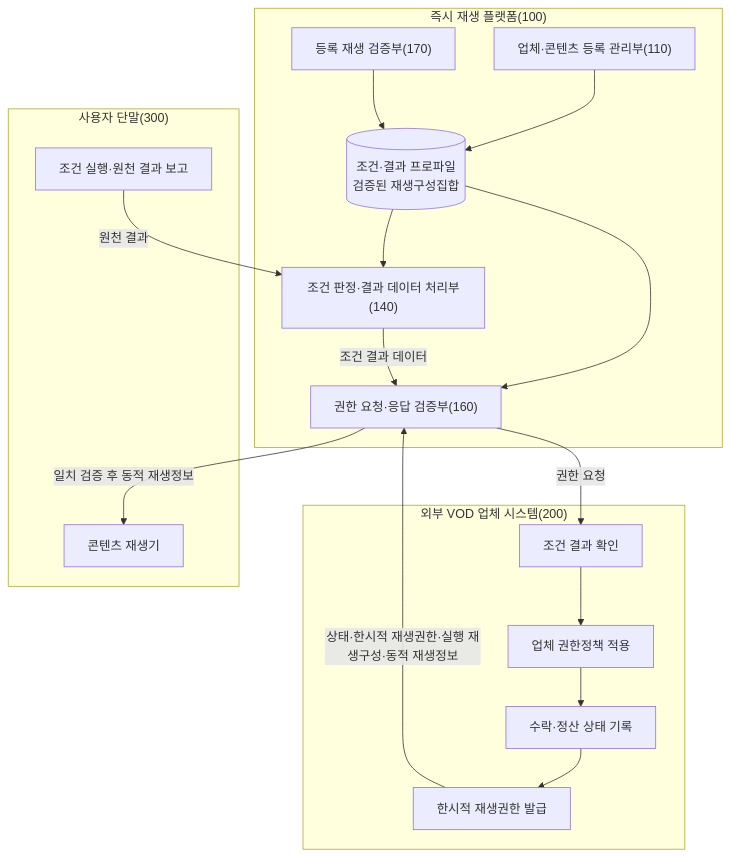
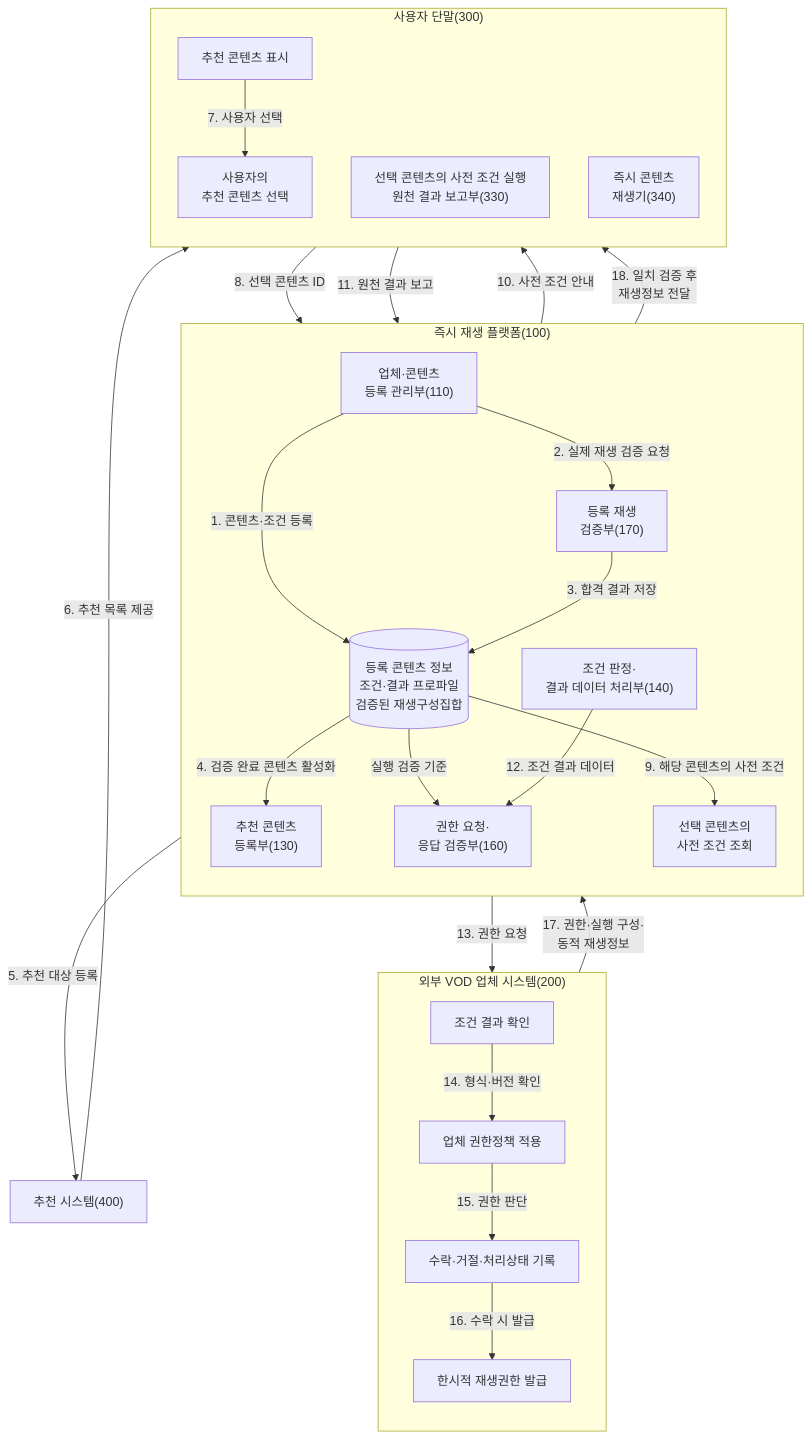
Before and after one commit to growdai1y/instant-play: diagram 11 of 14 in instant_play_직무발명서_개선본.md, drawn with Mermaid. The commit also changed other lines of this file and 1 other file, not shown here.

````diff
--- a/instant_play_직무발명서_개선본.md
+++ b/instant_play_직무발명서_개선본.md
@@ -1629,33 +1659,52 @@
 ```mermaid
 flowchart TB
     subgraph P["즉시 재생 플랫폼(100)"]
-        R["업체·콘텐츠 등록 관리부(110)"]
-        C["조건 판정·결과 데이터 처리부(140)"]
-        G["권한 요청·응답 검증부(160)"]
-        V["등록 재생 검증부(170)"]
-        S[("조건·결과 프로파일<br/>검증된 재생구성집합")]
-        R --> S
-        V --> S
-        S --> C
-        S --> G
+        direction TB
+        R["업체·콘텐츠<br/>등록 관리부(110)"]
+        V["등록 재생<br/>검증부(170)"]
+        S[("등록 콘텐츠 정보<br/>조건·결과 프로파일<br/>검증된 재생구성집합")]
+        RR["추천 콘텐츠<br/>등록부(130)"]
+        Q["선택 콘텐츠의<br/>사전 조건 조회"]
+        C["조건 판정·<br/>결과 데이터 처리부(140)"]
+        G["권한 요청·<br/>응답 검증부(160)"]
+
+        R -->|"1. 콘텐츠·조건 등록"| S
+        R -->|"2. 실제 재생 검증 요청"| V
+        V -->|"3. 합격 결과 저장"| S
+        S -->|"4. 검증 완료 콘텐츠 활성화"| RR
+        S -->|"실행 검증 기준"| G
     end
 
+    M["추천 시스템(400)"]
+
     subgraph O["외부 VOD 업체 시스템(200)"]
+        direction TB
         O1["조건 결과 확인"]
         O2["업체 권한정책 적용"]
-        O3["수락·정산 상태 기록"]
+        O3["수락·거절·처리상태 기록"]
         O4["한시적 재생권한 발급"]
-        O1 --> O2 --> O3 --> O4
+        O1 -->|"14. 형식·버전 확인"| O2
+        O2 -->|"15. 권한 판단"| O3
+        O3 -->|"16. 수락 시 발급"| O4
     end
 
     subgraph D["사용자 단말(300)"]
-        D1["조건 실행·원천 결과 보고"]
-        D2["콘텐츠 재생기"]
+        direction TB
+        D0["추천 콘텐츠 표시"]
+        DS["사용자의<br/>추천 콘텐츠 선택"]
+        D1["선택 콘텐츠의 사전 조건 실행<br/>원천 결과 보고부(330)"]
+        D2["즉시 콘텐츠<br/>재생기(340)"]
+        D0 -->|"7. 사용자 선택"| DS
     end
 
-    D1 -->|"원천 결과"| C
-    C -->|"조건 결과 데이터"| G
-    G -->|"권한 요청"| O1
-    O4 -->|"상태·한시적 재생권한·실행 재생구성·동적 재생정보"| G
-    G -->|"일치 검증 후 동적 재생정보"| D2
+    RR -->|"5. 추천 대상 등록"| M
+    M -->|"6. 추천 목록 제공"| D0
+    DS -->|"8. 선택 콘텐츠 ID"| Q
+    S -->|"9. 해당 콘텐츠의 사전 조건"| Q
+    Q -->|"10. 사전 조건 안내"| D1
+    D1 -->|"11. 원천 결과 보고"| C
+    C -->|"12. 조건 결과 데이터"| G
+    G -->|"13. 권한 요청"| O1
+    O4 -->|"17. 권한·실행 구성·<br/>동적 재생정보"| G
+    G -->|"18. 일치 검증 후<br/>재생정보 전달"| D2
 ```
````
